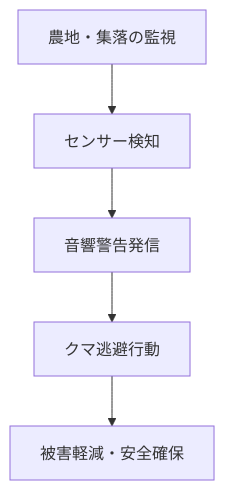
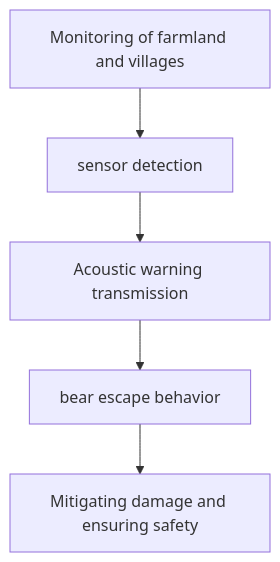
The fourth of 4 diagrams in en/_posts/2025-10-26-column-bear-sound.md (monumental-movement/monumental-movement.github.io), drawn with Mermaid before and after one commit. The commit also changed other lines of this file and 152 other files, not shown here.

```diff
--- a/en/_posts/2025-10-26-column-bear-sound.md
+++ b/en/_posts/2025-10-26-column-bear-sound.md
@@ -200,9 +200,9 @@
 <div class="mermaid">
 
 flowchart TD
-A[農地・集落の監視] --> B[センサー検知]
-B --> C[音響警告発信]
-C --> D[クマ逃避行動]
-D --> E[被害軽減・安全確保]
+A[Monitoring of farmland and villages] --> B[sensor detection]
+B --> C[Acoustic warning transmission]
+C --> D[bear escape behavior]
+D --> E[Mitigating damage and ensuring safety]
 
 </div>
```
